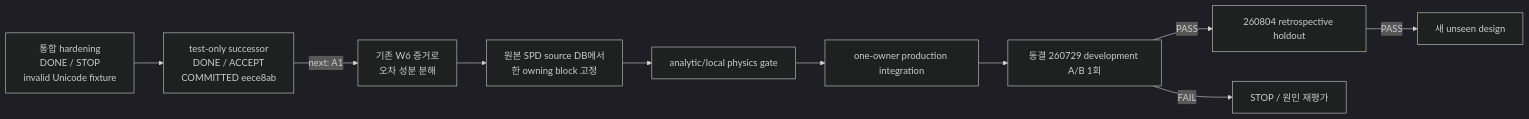
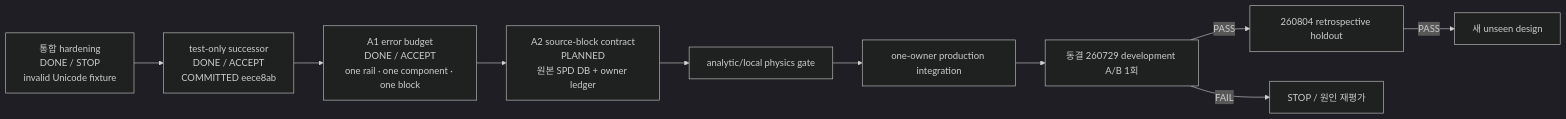
The diagram in docs/PRODUCT_PURPOSE_AND_TECHNICAL_BASELINE.md (yunhyok/spd-decap-pi-evaluator), drawn with Mermaid (dark theme) before and after one commit. The commit also changed other lines of this file and 1 other file, not shown here.

Commit message:
docs: select first accuracy error block

````diff
--- a/docs/PRODUCT_PURPOSE_AND_TECHNICAL_BASELINE.md
+++ b/docs/PRODUCT_PURPOSE_AND_TECHNICAL_BASELINE.md
@@ -134,12 +135,12 @@
 ```mermaid
 flowchart LR
     H["통합 hardening<br/>DONE / STOP<br/>invalid Unicode fixture"] --> X["test-only successor<br/>DONE / ACCEPT<br/>COMMITTED eece8ab"]
-    X -->|"next: A1"| E["기존 W6 증거로<br/>오차 성분 분해"]
-    E --> D["원본 SPD source DB에서<br/>한 owning block 고정"]
+    X --> E["A1 error budget<br/>DONE / ACCEPT<br/>one rail · one component · one block"]
+    E --> D["A2 source-block contract<br/>PLANNED<br/>원본 SPD DB + owner ledger"]
     D --> L["analytic/local physics gate"]
     L --> I["one-owner production integration"]
     I --> A["동결 260729 development A/B 1회"]
     A -->|PASS| R["260804 retrospective holdout"]
     R -->|PASS| U["새 unseen design"]
     A -->|FAIL| S["STOP / 원인 재평가"]
 ```
````
